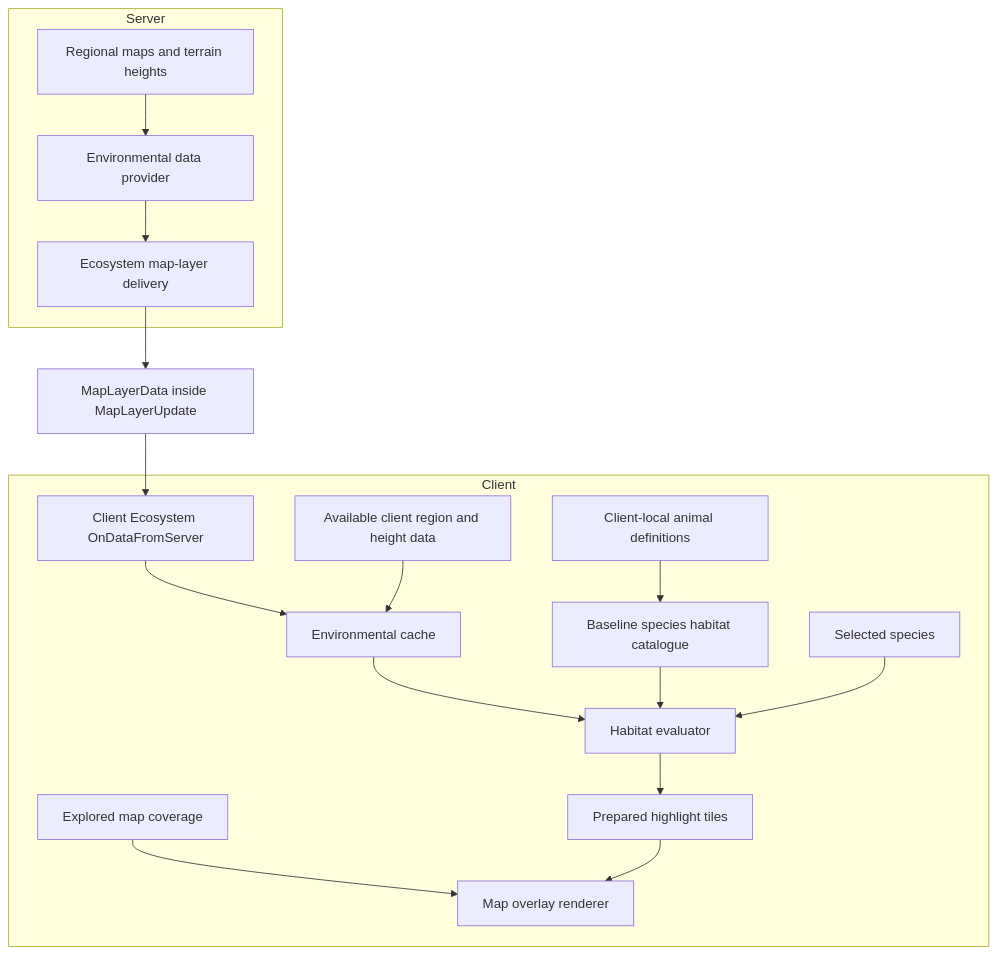
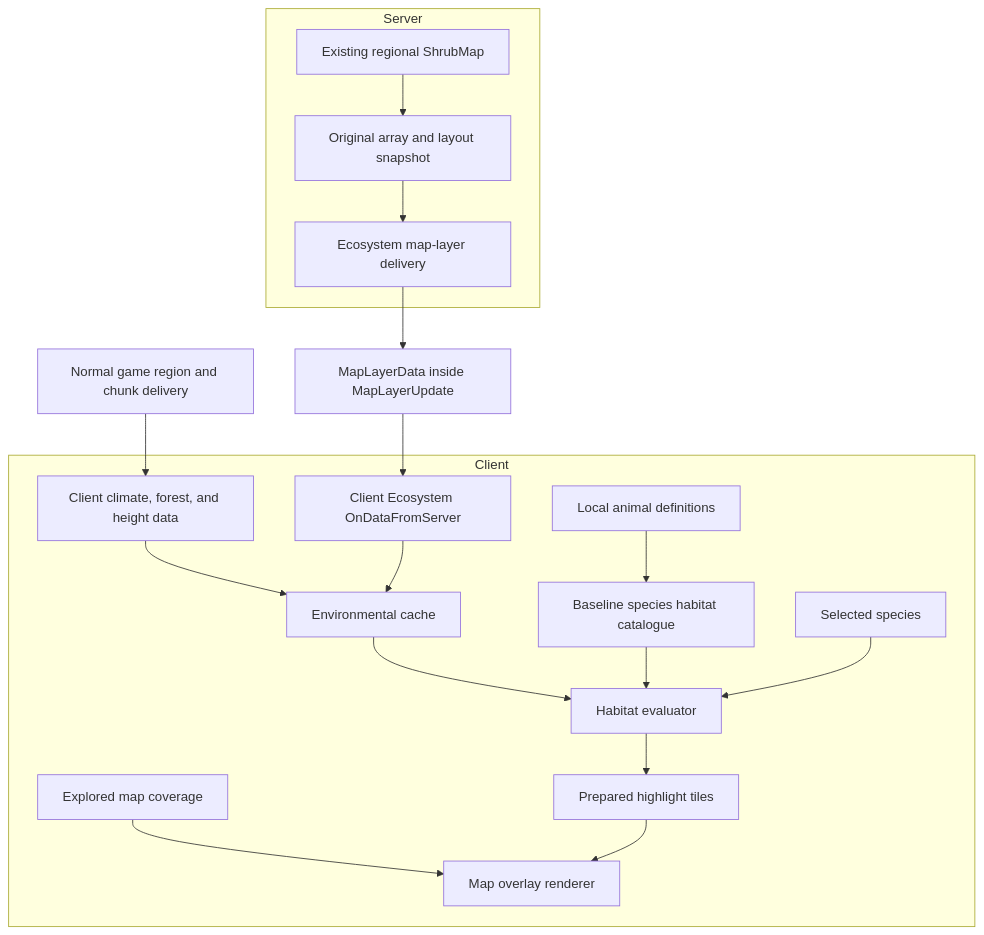
The second of 3 diagrams in docs/ecosystem-map/EcosystemMapProposal.md (dsisco11/VanillaExpanded), drawn with Mermaid before and after one commit. The commit also changed other lines of this file, not shown here.

Commit message:
docs: amend proposal for ecosystem map overlay

````diff
--- a/docs/ecosystem-map/EcosystemMapProposal.md
+++ b/docs/ecosystem-map/EcosystemMapProposal.md
@@ -100,20 +110,21 @@
 ```mermaid
 flowchart TB
+    Normal[Normal game region and chunk delivery] --> LocalMaps[Client climate, forest, and height data]
     subgraph Server
-        WorldData[Regional maps and terrain heights] --> Provider[Environmental data provider]
-        Provider --> Delivery[Ecosystem map-layer delivery]
+        Original[Existing regional ShrubMap] --> Snapshot[Original array and layout snapshot]
+        Snapshot --> Delivery[Ecosystem map-layer delivery]
     end
     Delivery --> Envelope[MapLayerData inside MapLayerUpdate]
     Envelope --> Receive[Client Ecosystem OnDataFromServer]
     subgraph Client
-        Receive --> Cache[Environmental cache]
-        Definitions[Client-local animal definitions] --> Rules[Baseline species habitat catalogue]
-        LocalMaps[Available client region and height data] --> Cache
+        Definitions[Local animal definitions] --> Rules[Baseline species habitat catalogue]
+        LocalMaps --> Cache[Environmental cache]
+        Receive --> Cache
         Cache --> Evaluate[Habitat evaluator]
         Rules --> Evaluate
         Selected[Selected species] --> Evaluate
         Evaluate --> Prepared[Prepared highlight tiles]
         Coverage[Explored map coverage] --> Render[Map overlay renderer]
         Prepared --> Render
     end
 ```
````
